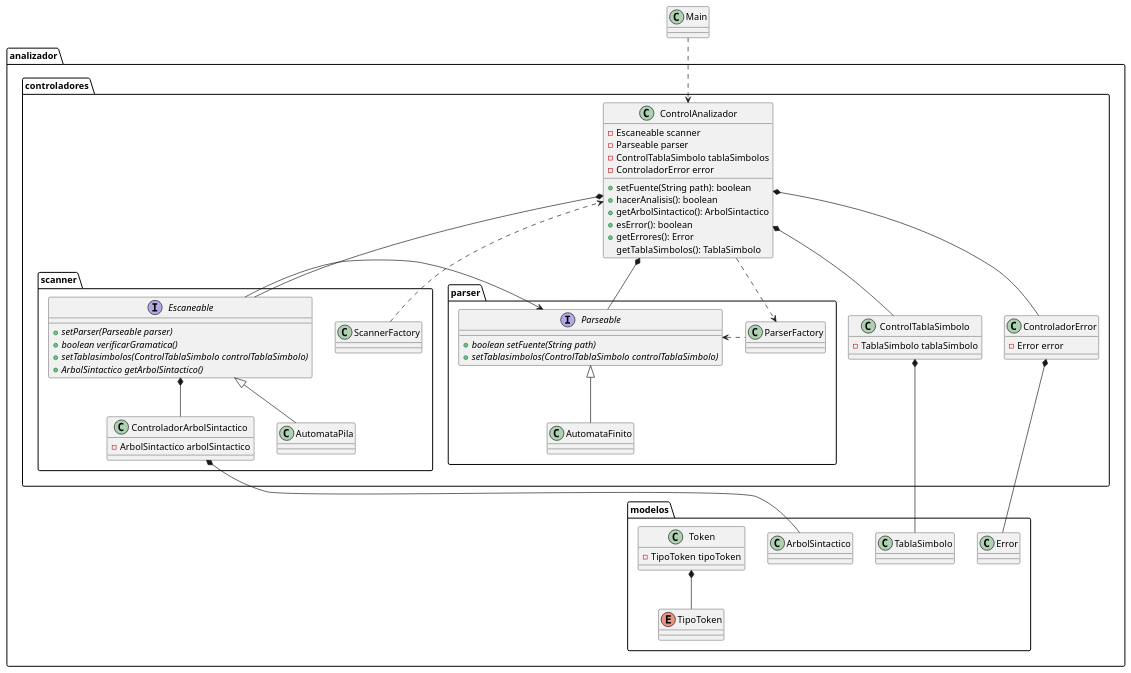
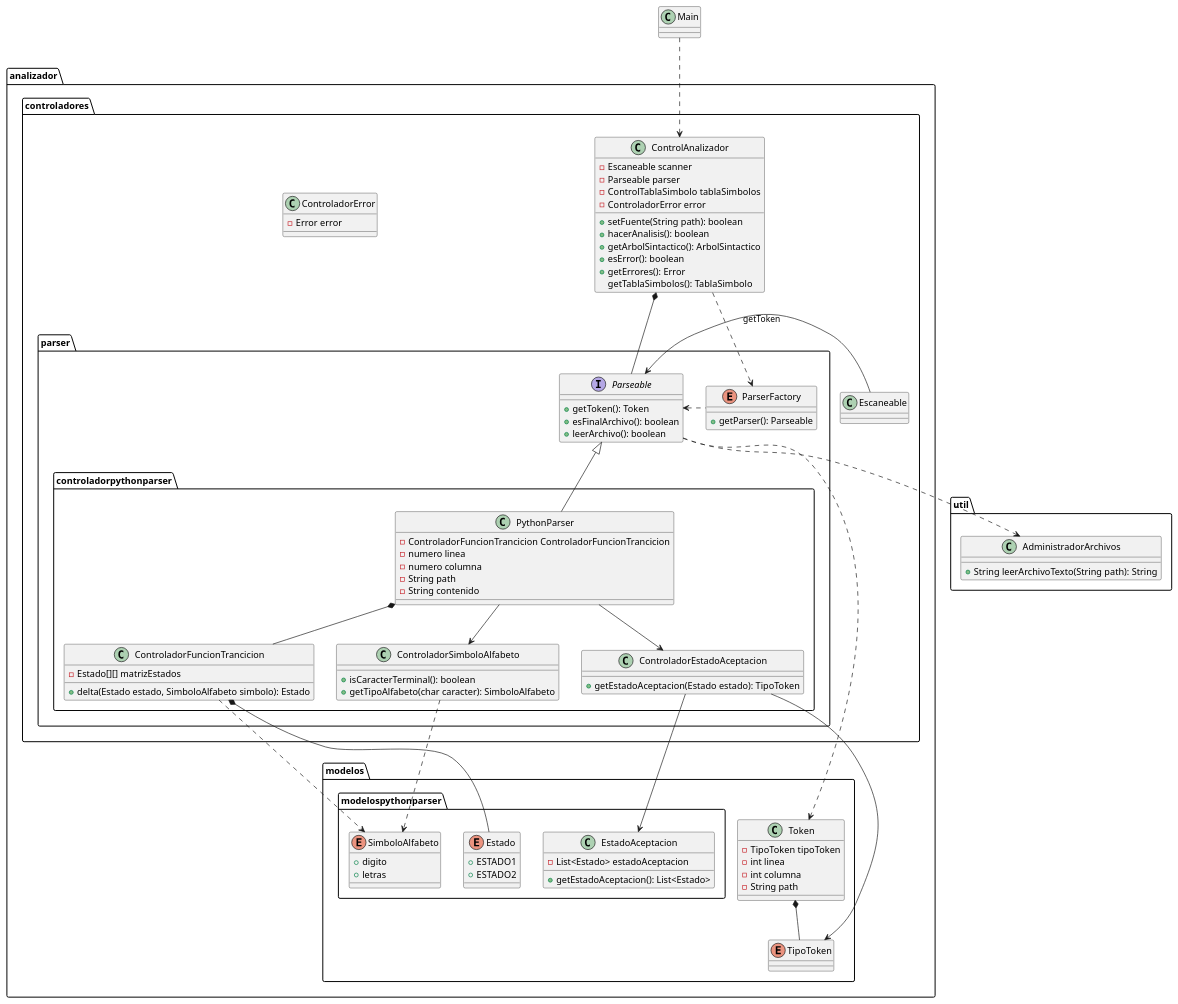
Before and after one commit to MichaelMarinReyes/Parser-Py: the diagram in Diagrama de clases.wsd, drawn with PlantUML. The commit also changed 5 other files, not shown here.

```diff
--- a/Diagrama de clases.wsd
+++ b/Diagrama de clases.wsd
@@ -1,121 +1,134 @@
 @startuml diagramadeclases
 
 class Main {
 
 }
 
 package analizador {
 
     package controladores {
 
         class ControlAnalizador {
             - Escaneable scanner
             - Parseable parser
             - ControlTablaSimbolo tablaSimbolos
             - ControladorError error
             + setFuente(String path): boolean
             + hacerAnalisis(): boolean
             + getArbolSintactico(): ArbolSintactico
             + esError(): boolean
             + getErrores(): Error
             getTablaSimbolos(): TablaSimbolo
         }
 
-        class ControlTablaSimbolo {
-            - TablaSimbolo tablaSimbolo
-        }
-
         class ControladorError {
             - Error error
         }
 
-        package scanner {
-
-            class ScannerFactory {
-
-            }
-
-            class ControladorArbolSintactico {
-                - ArbolSintactico arbolSintactico
-            }
-
-            interface Escaneable{
-                + {abstract} setParser(Parseable parser)
-                + {abstract} boolean verificarGramatica()
-                + {abstract} setTablasimbolos(ControlTablaSimbolo controlTablaSimbolo)
-                + {abstract} ArbolSintactico getArbolSintactico()
-            }
-
-            class AutomataPila {
-
-            }
-
-            AutomataPila -up-|> Escaneable
-            Escaneable *-- ControladorArbolSintactico
-            ScannerFactory .right.> ControlAnalizador
-        }
-
         package parser {
 
-            class ParserFactory {
-
+            enum ParserFactory {
+                +getParser(): Parseable
             }
 
             interface Parseable {
-                + {abstract} boolean setFuente(String path)
-                + {abstract} setTablasimbolos(ControlTablaSimbolo controlTablaSimbolo)
+                + getToken(): Token
+                + esFinalArchivo(): boolean
+                + leerArchivo(): boolean
             }
 
-            class AutomataFinito {
+            package controladorpythonparser {
+                class PythonParser {
+                    - ControladorFuncionTrancicion ControladorFuncionTrancicion
+                    - numero linea
+                    - numero columna
+                    - String path
+                    - String contenido
+                }
 
+                class ControladorEstadoAceptacion {
+                    + getEstadoAceptacion(Estado estado): TipoToken
+
+                }
+
+                class ControladorFuncionTrancicion {
+                    - Estado[][] matrizEstados
+                    + delta(Estado estado, SimboloAlfabeto simbolo): Estado
+                }
+
+                class ControladorSimboloAlfabeto {
+                    + isCaracterTerminal(): boolean
+                    + getTipoAlfabeto(char caracter): SimboloAlfabeto
+                }
+
+                PythonParser *-- ControladorFuncionTrancicion
+                PythonParser --> ControladorEstadoAceptacion
+                PythonParser --> ControladorSimboloAlfabeto
             }
 
-            AutomataFinito -up-|> Parseable
+            PythonParser -up-|> Parseable
+            ParserFactory .left.> Parseable
+
+
         }
 
         ControlAnalizador *-- Parseable
-        ControlAnalizador *-- Escaneable
-        ControlAnalizador *-- ControlTablaSimbolo
-        ControlAnalizador *-- ControladorError
         ControlAnalizador ..> ParserFactory
-        ParserFactory .left.> Parseable
 
-        Escaneable -right-> Parseable
+        Escaneable -right-> Parseable: getToken
     }
 
     package modelos {
 
-        class Error {
-
-        }
-
-        class ArbolSintactico {
-
-        }
-
-        class TablaSimbolo {
-
-        }
-
         class Token {
             - TipoToken tipoToken
+            - int linea
+            - int columna
+            - String path
         }
 
         enum TipoToken {
 
         }
 
+        package modelospythonparser {
+            enum Estado {
+                + ESTADO1
+                + ESTADO2
+            }
+
+            class EstadoAceptacion {
+                - List<Estado> estadoAceptacion
+                + getEstadoAceptacion(): List<Estado>
+            }
+
+            enum SimboloAlfabeto {
+                + digito
+                + letras
+            }
+        }
+
         Token *-- TipoToken
 
     }
 
-    ControlTablaSimbolo *-down- TablaSimbolo
-    ControladorError *-- Error
 
-    ControladorArbolSintactico *-- ArbolSintactico
+    Parseable ..> Token
+    ControladorEstadoAceptacion --> EstadoAceptacion
+    ControladorEstadoAceptacion --> TipoToken
+    ControladorFuncionTrancicion *-- Estado
+    ControladorFuncionTrancicion ..> SimboloAlfabeto
+    ControladorSimboloAlfabeto ..> SimboloAlfabeto
 
 }
 
+package util {
+    class AdministradorArchivos {
+        + String leerArchivoTexto(String path): String
+    }
+}
+
+Parseable  ..>AdministradorArchivos
 Main .down.> ControlAnalizador
 
 @enduml
```
